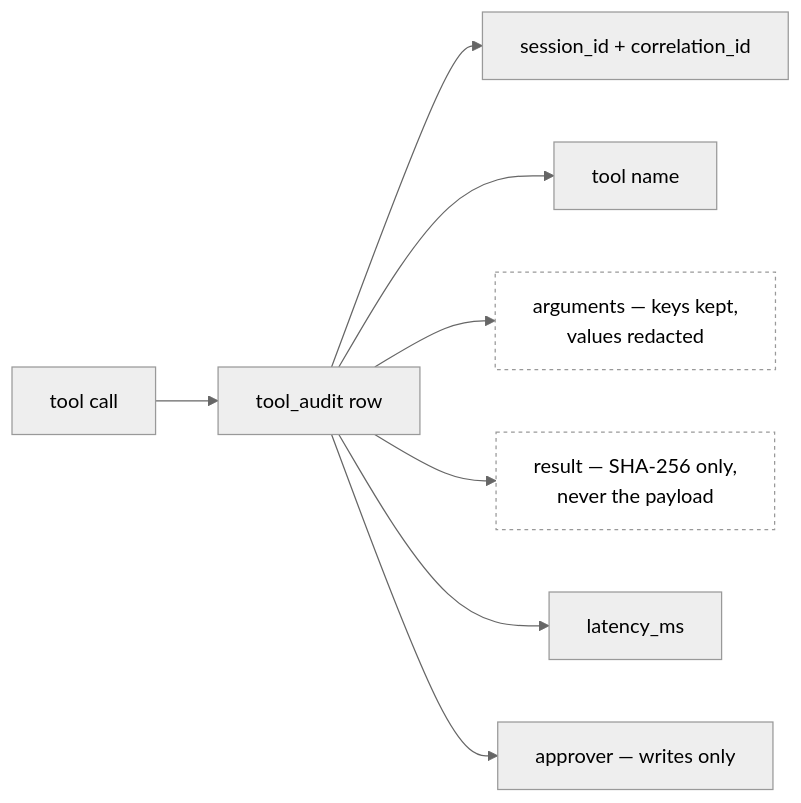
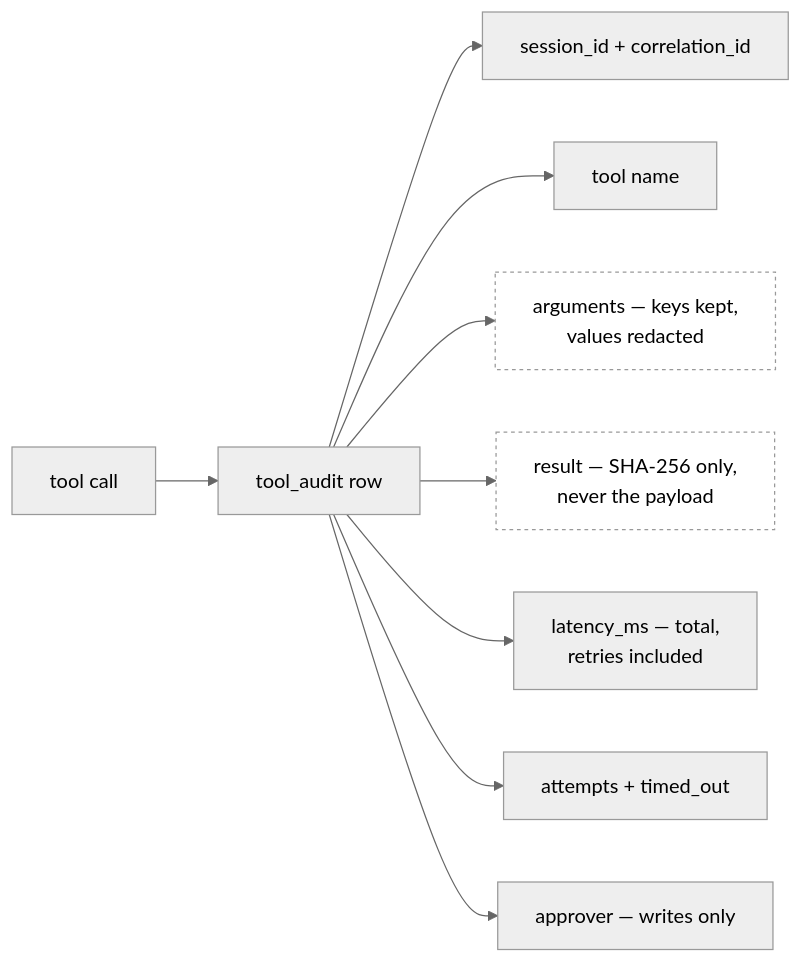
Before and after one commit to pappukrs/kyc-service-agent: the fourth of 5 diagrams in docs/architecture.md, drawn with Mermaid (neutral theme). The commit also changed other lines of this file and 12 other files, not shown here.

````diff
--- a/docs/architecture.md
+++ b/docs/architecture.md
@@ -175,13 +175,14 @@
 ```mermaid
 flowchart LR
     call["tool call"] --> row["tool_audit row"]
     row --> f1["session_id + correlation_id"]
     row --> f2["tool name"]
     row --> f3["arguments — keys kept,<br/>values redacted"]
     row --> f4["result — SHA-256 only,<br/>never the payload"]
-    row --> f5["latency_ms"]
-    row --> f6["approver — writes only"]
+    row --> f5["latency_ms — total,<br/>retries included"]
+    row --> f6["attempts + timed_out"]
+    row --> f7["approver — writes only"]
 
     classDef note fill:none,stroke-dasharray:3 3
     class f3,f4 note
 ```
````
